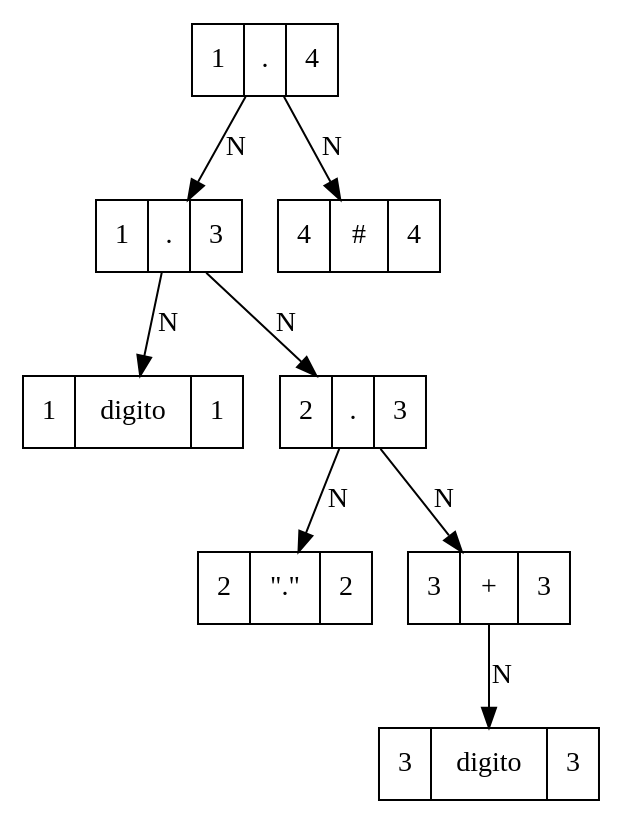
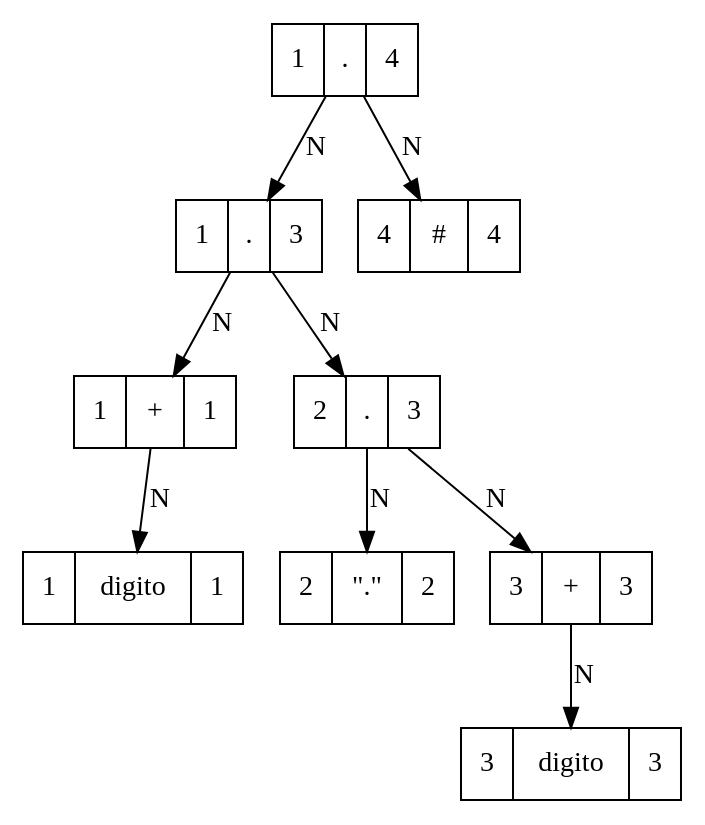
The diagram in Proyecto1_COMPI1/REPORTES/ARBOLES_202000166/ExpresionReg2.dot (Gerson7w7/COMPI1_Proyecto1_202000166), drawn with Graphviz before and after one commit. The commit also changed 22 other files, not shown here.

```diff
--- a/Proyecto1_COMPI1/REPORTES/ARBOLES_202000166/ExpresionReg2.dot
+++ b/Proyecto1_COMPI1/REPORTES/ARBOLES_202000166/ExpresionReg2.dot
@@ -1,19 +1,21 @@
 digraph arbol {
 n1[shape="record" label="1| . |4"]
 n3[shape="record" label="1| . |3"]
-n4[shape="record" label="1| {digito} |1"]
-n5[shape="record" label="2| . |3"]
-n6[shape="record" label="2| \".\" |2"]
-n7[shape="record" label="3| + |3"]
-n8[shape="record" label="3| {digito} |3"]
+n4[shape="record" label="1| + |1"]
+n5[shape="record" label="1| {digito} |1"]
+n6[shape="record" label="2| . |3"]
+n7[shape="record" label="2| \".\" |2"]
+n8[shape="record" label="3| + |3"]
+n9[shape="record" label="3| {digito} |3"]
 n2[shape="record" label="4| # |4"]
 
-n7-> n8 [label="N"]
-n5-> n6 [label="N"]
-n5-> n7 [label="N"]
+n4-> n5 [label="N"]
+n8-> n9 [label="N"]
+n6-> n7 [label="N"]
+n6-> n8 [label="N"]
 n3-> n4 [label="N"]
-n3-> n5 [label="N"]
+n3-> n6 [label="N"]
 n1-> n3 [label="N"]
 n1-> n2 [label="N"]
 
 }
```
